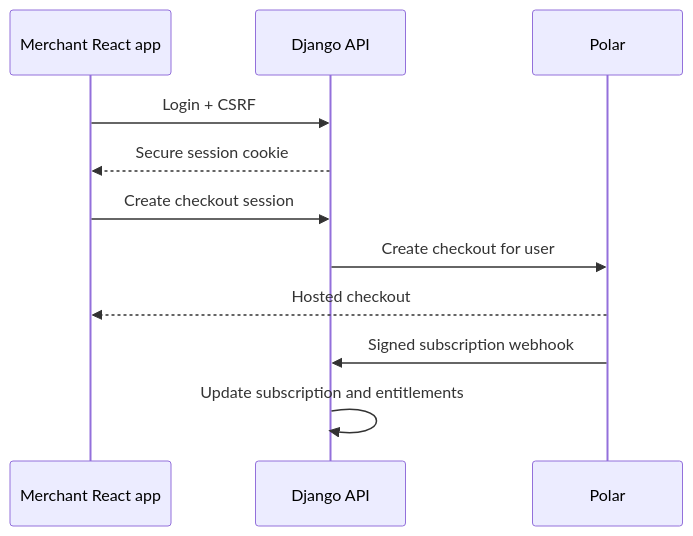
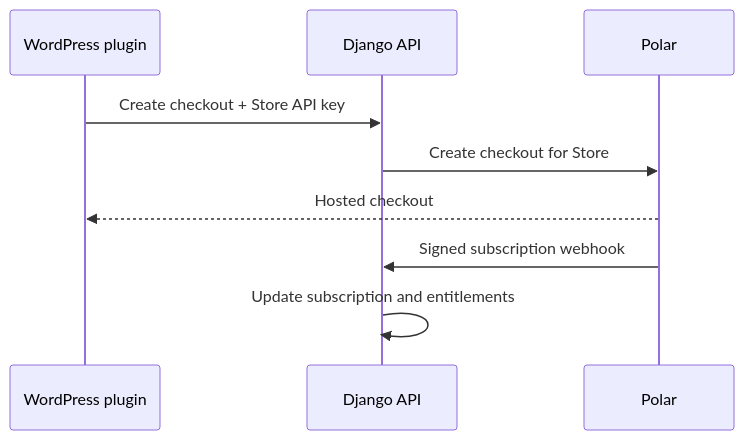
The eighth of 8 diagrams in _docs/architecture.md (aji-pratama/woocs), drawn with Mermaid before and after one commit. The commit also changed other lines of this file and 37 other files, not shown here.

Commit message:
feat: implement subscription-based access control via new billing module and integrate with existing store and chat services.

````diff
--- a/_docs/architecture.md
+++ b/_docs/architecture.md
@@ -521,14 +444,12 @@
 ```mermaid
 sequenceDiagram
-    participant App as Merchant React app
+    participant Plugin as WordPress plugin
     participant API as Django API
     participant Billing as Polar
 
-    App->>API: Login + CSRF
-    API-->>App: Secure session cookie
-    App->>API: Create checkout session
-    API->>Billing: Create checkout for user
-    Billing-->>App: Hosted checkout
+    Plugin->>API: Create checkout + Store API key
+    API->>Billing: Create checkout for Store
+    Billing-->>Plugin: Hosted checkout
     Billing->>API: Signed subscription webhook
     API->>API: Update subscription and entitlements
 ```
````
